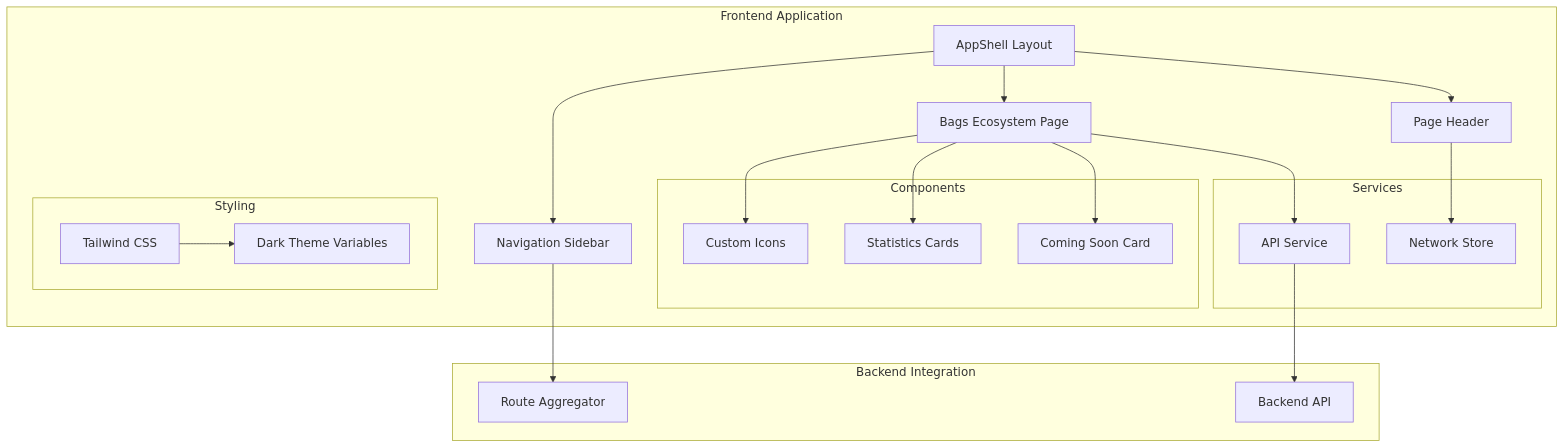
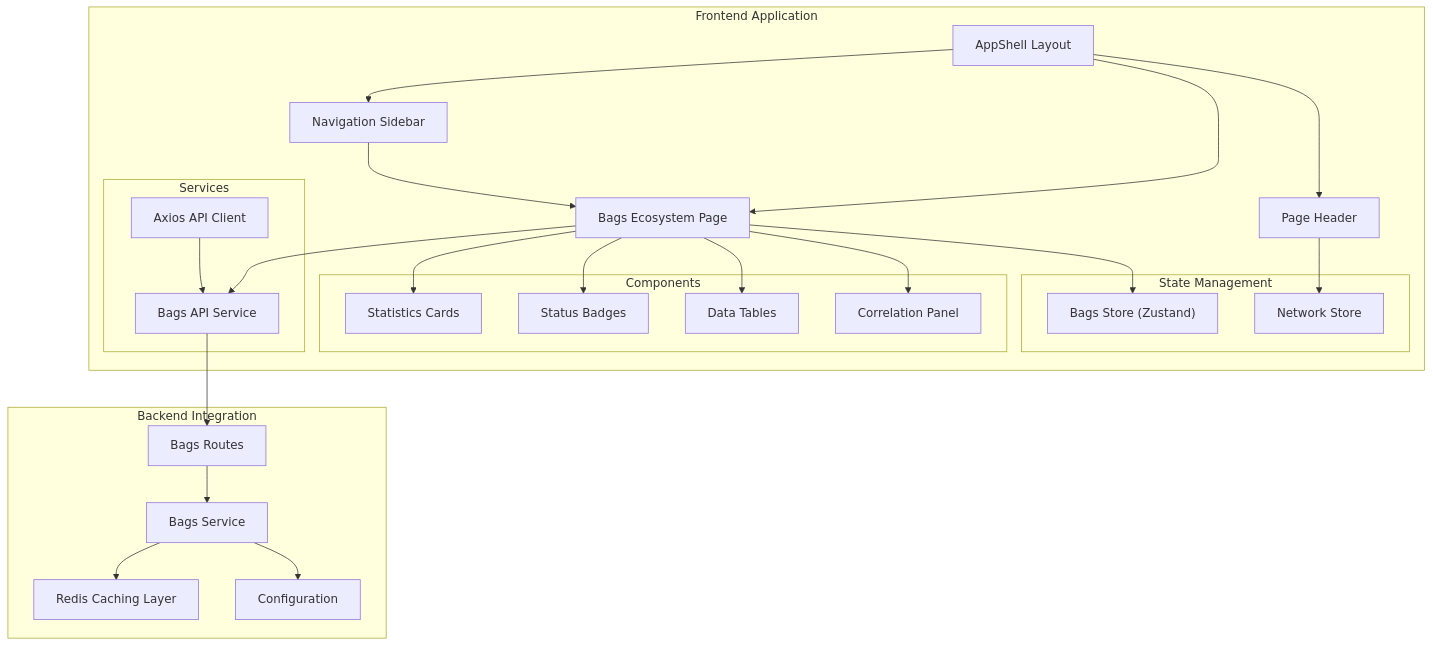
One commit to RunTimeAdmin/InfraWatch changed the first of 3 diagrams in .qoder/repowiki/en/content/Features & Functionality/Bags Ecosystem Page.md. Above: the diagram before and after it, drawn with Mermaid. The commit also changed other lines of this file and 12 other files, not shown here.

````diff
--- a/.qoder/repowiki/en/content/Features & Functionality/Bags Ecosystem Page.md
+++ b/.qoder/repowiki/en/content/Features & Functionality/Bags Ecosystem Page.md
@@ -39,37 +52,45 @@
 ```mermaid
 graph TB
 subgraph "Frontend Application"
 AppShell["AppShell Layout"]
 Sidebar["Navigation Sidebar"]
 Header["Page Header"]
 BagsPage["Bags Ecosystem Page"]
+subgraph "State Management"
+BagsStore["Bags Store (Zustand)"]
+NetworkStore["Network Store"]
+end
 subgraph "Components"
-Icons["Custom Icons"]
 StatCard["Statistics Cards"]
-ComingSoon["Coming Soon Card"]
+StatusBadge["Status Badges"]
+TableComponents["Data Tables"]
+CorrelationPanel["Correlation Panel"]
 end
 subgraph "Services"
-ApiService["API Service"]
-NetworkStore["Network Store"]
-end
-subgraph "Styling"
-CSS["Tailwind CSS"]
-Theme["Dark Theme Variables"]
+BagsApi["Bags API Service"]
+ApiService["Axios API Client"]
 end
 end
 subgraph "Backend Integration"
-Routes["Route Aggregator"]
-BackendAPI["Backend API"]
+BagsRoutes["Bags Routes"]
+BagsService["Bags Service"]
+RedisCache["Redis Caching Layer"]
+Config["Configuration"]
 end
 AppShell --> Sidebar
 AppShell --> Header
 AppShell --> BagsPage
+BagsPage --> BagsStore
 BagsPage --> StatCard
-BagsPage --> ComingSoon
-BagsPage --> Icons
-BagsPage --> ApiService
-ApiService --> BackendAPI
-Sidebar --> Routes
+BagsPage --> StatusBadge
+BagsPage --> TableComponents
+BagsPage --> CorrelationPanel
+BagsPage --> BagsApi
+BagsApi --> BagsRoutes
+BagsRoutes --> BagsService
+BagsService --> RedisCache
+BagsService --> Config
+Sidebar --> BagsPage
 Header --> NetworkStore
-CSS --> Theme
+ApiService --> BagsApi
 ```
````
